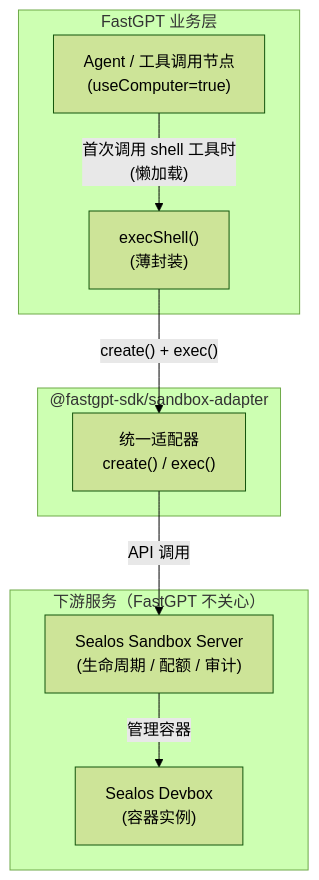
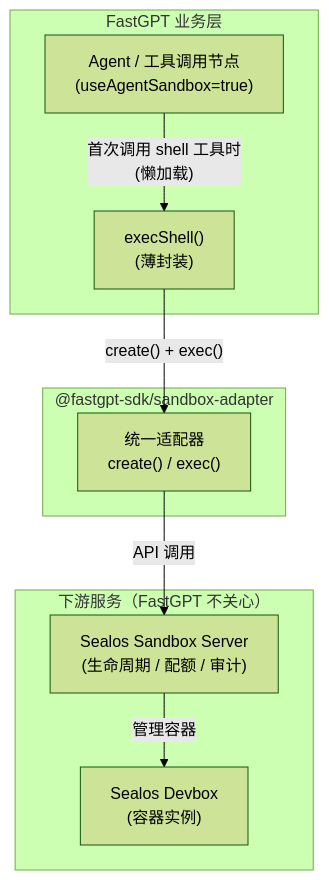
The first of 8 diagrams in .claude/skills/design/core/ai/sandbox/prd.md (labring/FastGPT), drawn with Mermaid (forest theme) before and after one commit. The commit also changed other lines of this file and 30 other files, not shown here.

````diff
--- a/.claude/skills/design/core/ai/sandbox/prd.md
+++ b/.claude/skills/design/core/ai/sandbox/prd.md
@@ -19,21 +19,21 @@
 ```mermaid
 graph TB
     subgraph FastGPT["FastGPT 业务层"]
-        Agent["Agent / 工具调用节点\n(useComputer=true)"]
+        Agent["Agent / 工具调用节点\n(useAgentSandbox=true)"]
         SandboxMgr["execShell()\n(薄封装)"]
     end
 
     subgraph SDK["@fastgpt-sdk/sandbox-adapter"]
         Adapter["统一适配器\ncreate() / exec()"]
     end
 
     subgraph Downstream["下游服务（FastGPT 不关心）"]
         SSS["Sealos Sandbox Server\n(生命周期 / 配额 / 审计)"]
         Devbox["Sealos Devbox\n(容器实例)"]
     end
 
     Agent -->|"首次调用 shell 工具时\n(懒加载)"| SandboxMgr
     SandboxMgr -->|"create() + exec()"| Adapter
     Adapter -->|"API 调用"| SSS
     SSS -->|"管理容器"| Devbox
 ```
````
